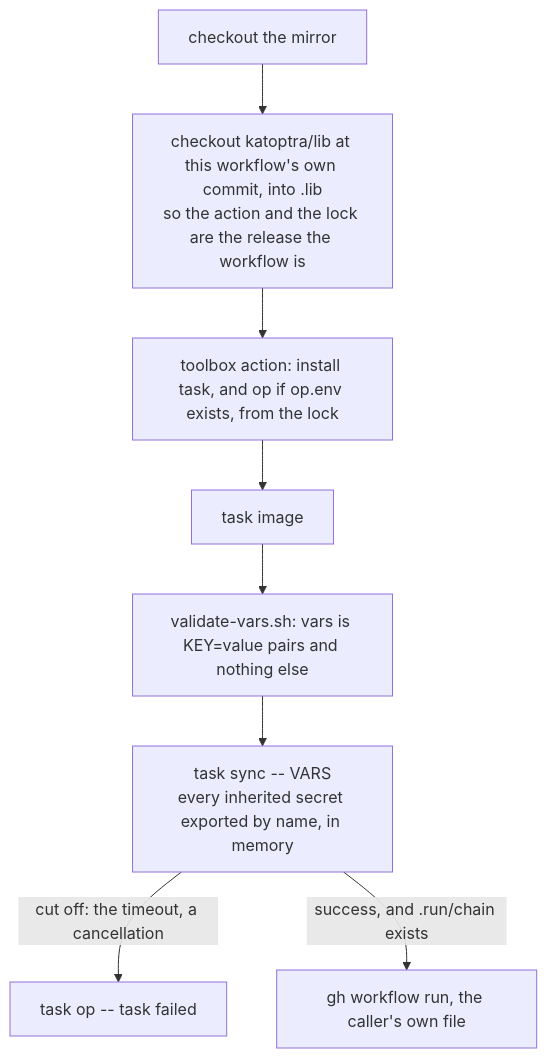
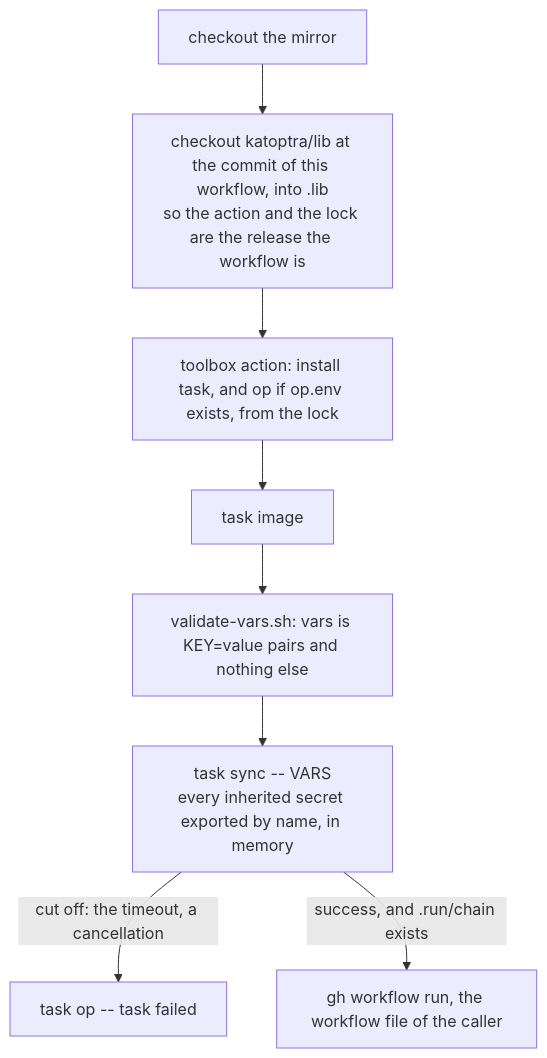
Before and after one commit to katoptra/lib: diagram 12 of 12 in README.md, drawn with Mermaid. The commit also changed other lines of this file and 3 other files, not shown here.

````diff
--- a/README.md
+++ b/README.md
@@ -730,9 +1073,9 @@
 ```mermaid
 flowchart TB
-  a["checkout the mirror"] --> b["checkout katoptra/lib at this workflow's own commit, into .lib<br/>so the action and the lock are the release the workflow is"]
+  a["checkout the mirror"] --> b["checkout katoptra/lib at the commit of this workflow, into .lib<br/>so the action and the lock are the release the workflow is"]
   b --> c["toolbox action: install task, and op if op.env exists, from the lock"]
   c --> d["task image"] --> e["validate-vars.sh: vars is KEY=value pairs and nothing else"]
   e --> f["task sync -- VARS<br/>every inherited secret exported by name, in memory"]
   f -- "cut off: the timeout, a cancellation" --> g["task op -- task failed"]
-  f -- "success, and .run/chain exists" --> h["gh workflow run, the caller's own file"]
+  f -- "success, and .run/chain exists" --> h["gh workflow run, the workflow file of the caller"]
 ```
````
